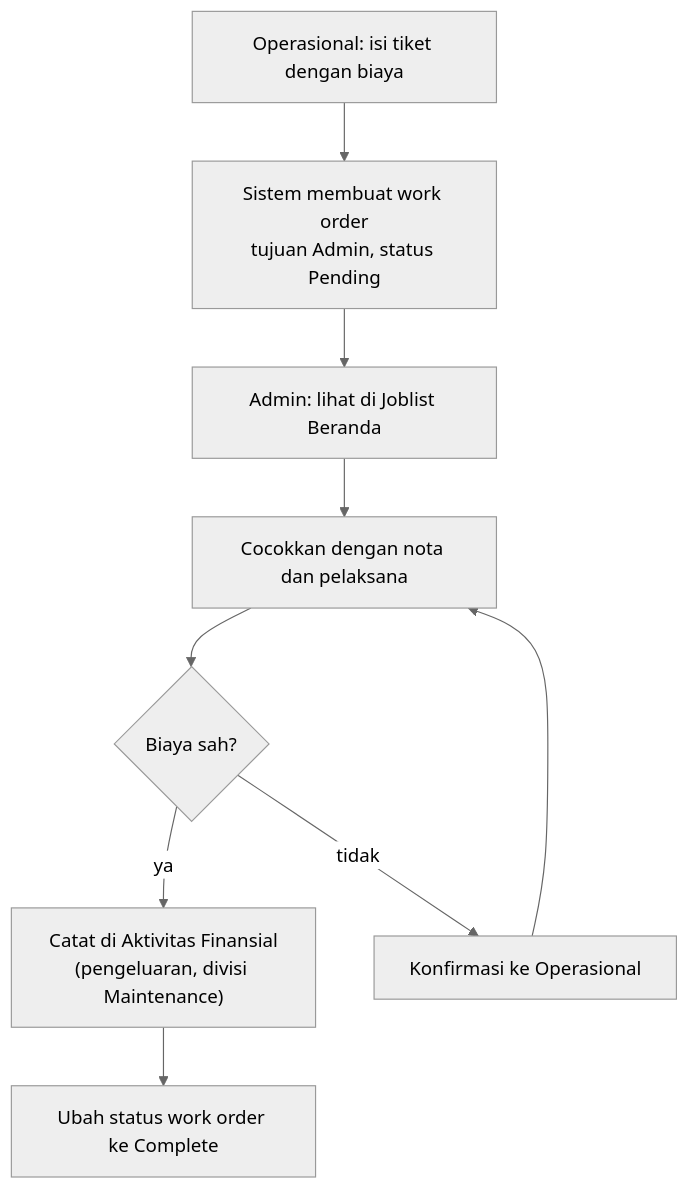
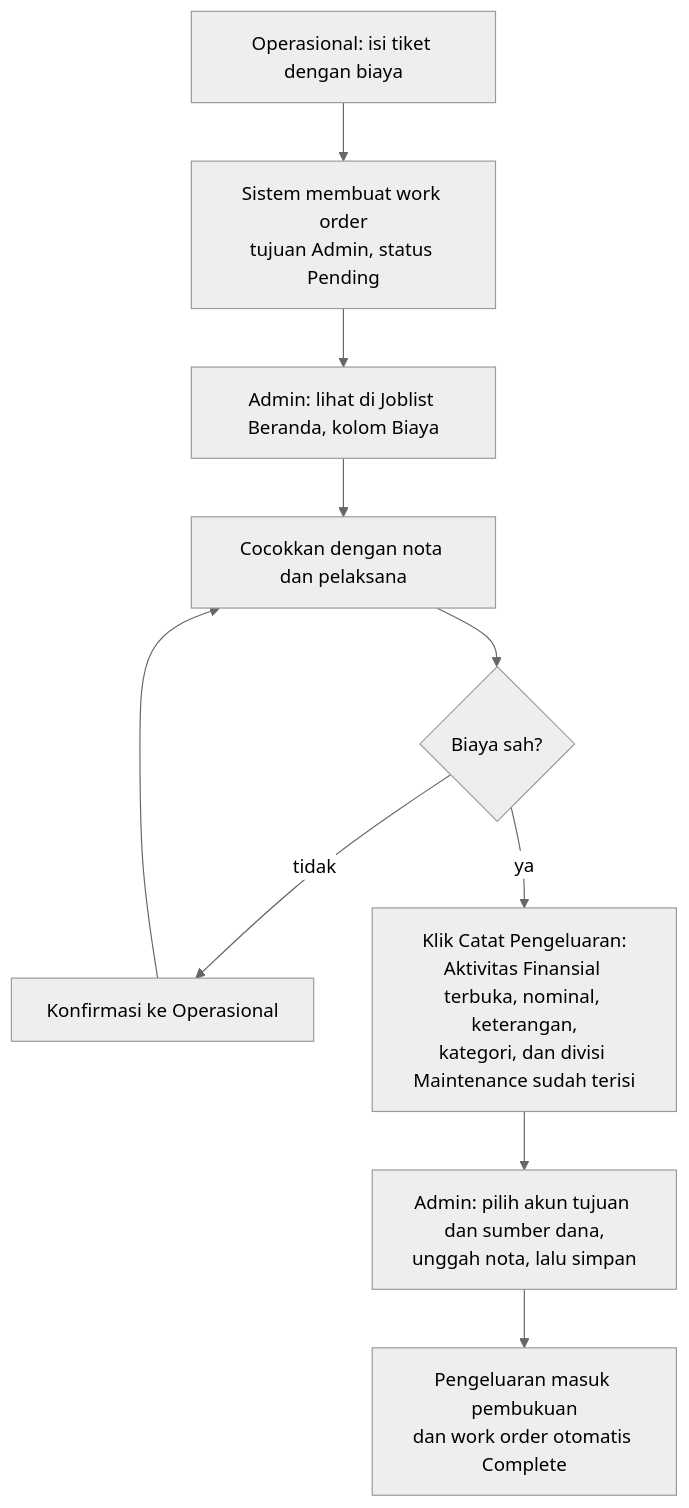
One commit to rumahpandegakarya22-hash/dashboard-mini-integration changed the tenth of 17 diagrams in docs/panduan-alur/admin-finance.md. Above: the diagram before and after it, drawn with Mermaid (neutral theme). The commit also changed other lines of this file and 17 other files, not shown here.

First line of the commit message:
feat(admin): Draft Info Admin (template pesan siap kirim ke WhatsApp) dan perbaikan Catat Pengeluaran dari Joblist

````diff
--- a/docs/panduan-alur/admin-finance.md
+++ b/docs/panduan-alur/admin-finance.md
@@ -256,11 +257,12 @@
 ```mermaid
 flowchart TD
     A["Operasional: isi tiket dengan biaya"] --> B["Sistem membuat work order<br/>tujuan Admin, status Pending"]
-    B --> C["Admin: lihat di Joblist Beranda"]
+    B --> C["Admin: lihat di Joblist Beranda, kolom Biaya"]
     C --> D["Cocokkan dengan nota dan pelaksana"]
     D --> E{"Biaya sah?"}
-    E -->|"ya"| F["Catat di Aktivitas Finansial<br/>(pengeluaran, divisi Maintenance)"]
-    E -->|"tidak"| G["Konfirmasi ke Operasional"]
-    F --> H["Ubah status work order ke Complete"]
-    G --> D
+    E -->|"tidak"| F["Konfirmasi ke Operasional"]
+    F --> D
+    E -->|"ya"| G["Klik Catat Pengeluaran:<br/>Aktivitas Finansial terbuka, nominal, keterangan,<br/>kategori, dan divisi Maintenance sudah terisi"]
+    G --> H["Admin: pilih akun tujuan dan sumber dana,<br/>unggah nota, lalu simpan"]
+    H --> I["Pengeluaran masuk pembukuan<br/>dan work order otomatis Complete"]
 ```
````
